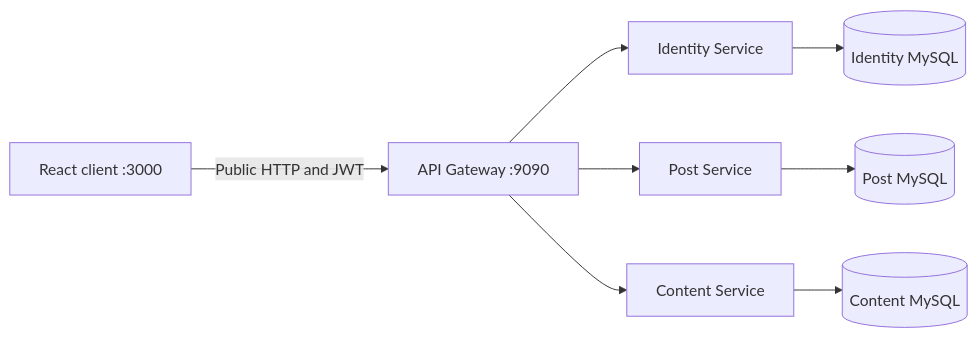
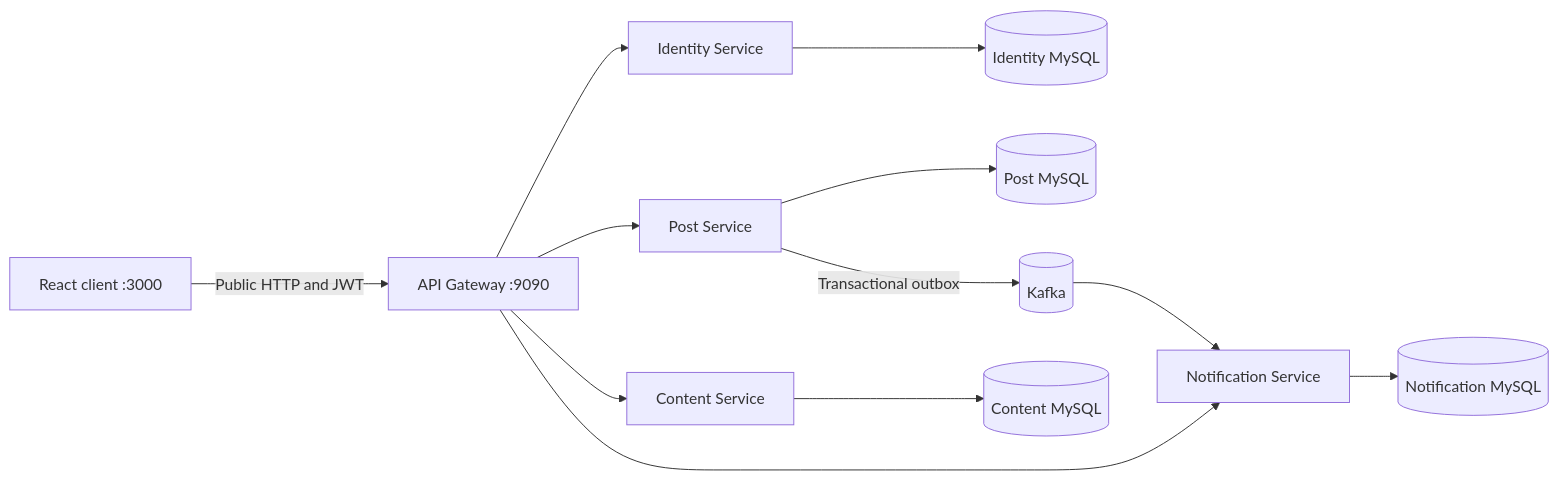
One commit to studywithdanish/microservices-frontend changed the diagram in README.md. Above: the diagram before and after it, drawn with Mermaid. The commit also changed other lines of this file and 21 other files, not shown here.

Commit message:
Upgrade frontend React architecture and workflows

````diff
--- a/README.md
+++ b/README.md
@@ -11,10 +11,14 @@
 ```mermaid
 flowchart LR
     UI[React client :3000] -->|Public HTTP and JWT| Gateway[API Gateway :9090]
     Gateway --> Identity[Identity Service]
     Gateway --> Post[Post Service]
     Gateway --> Content[Content Service]
+    Gateway --> Notification[Notification Service]
     Identity --> IdentityDb[(Identity MySQL)]
     Post --> PostDb[(Post MySQL)]
     Content --> ContentDb[(Content MySQL)]
+    Post -->|Transactional outbox| Kafka[(Kafka)]
+    Kafka --> Notification
+    Notification --> NotificationDb[(Notification MySQL)]
 ```
````
